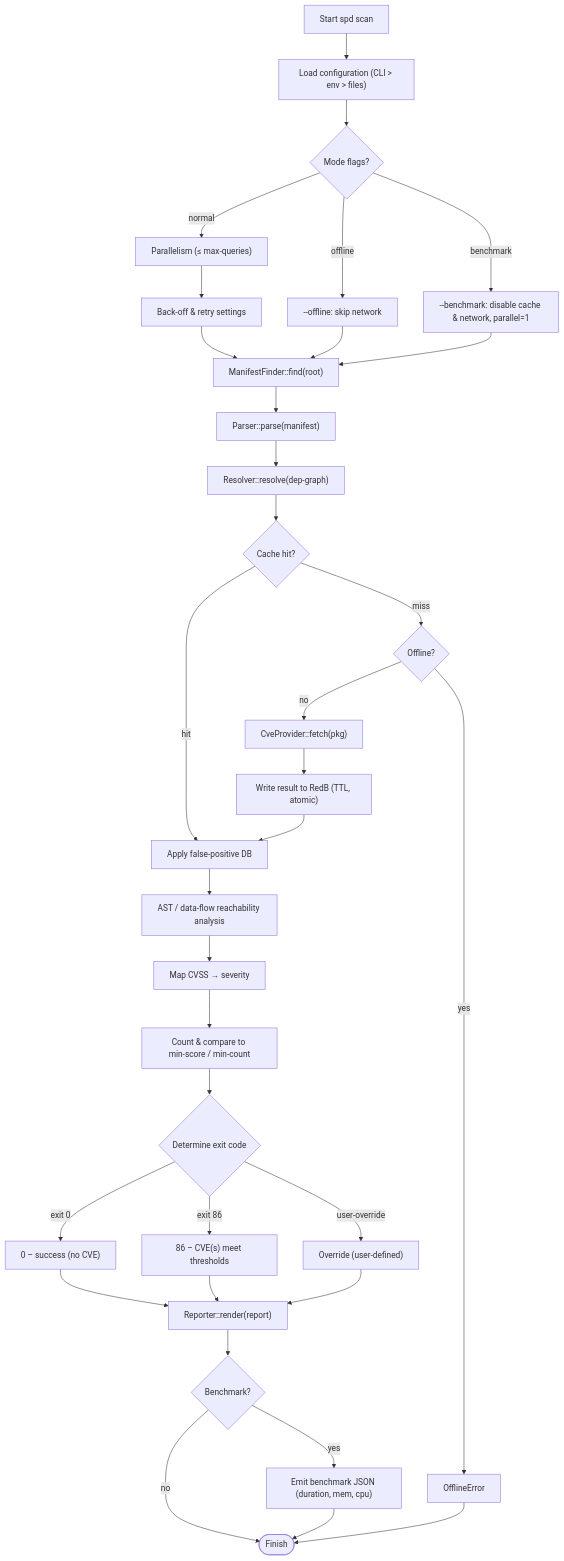
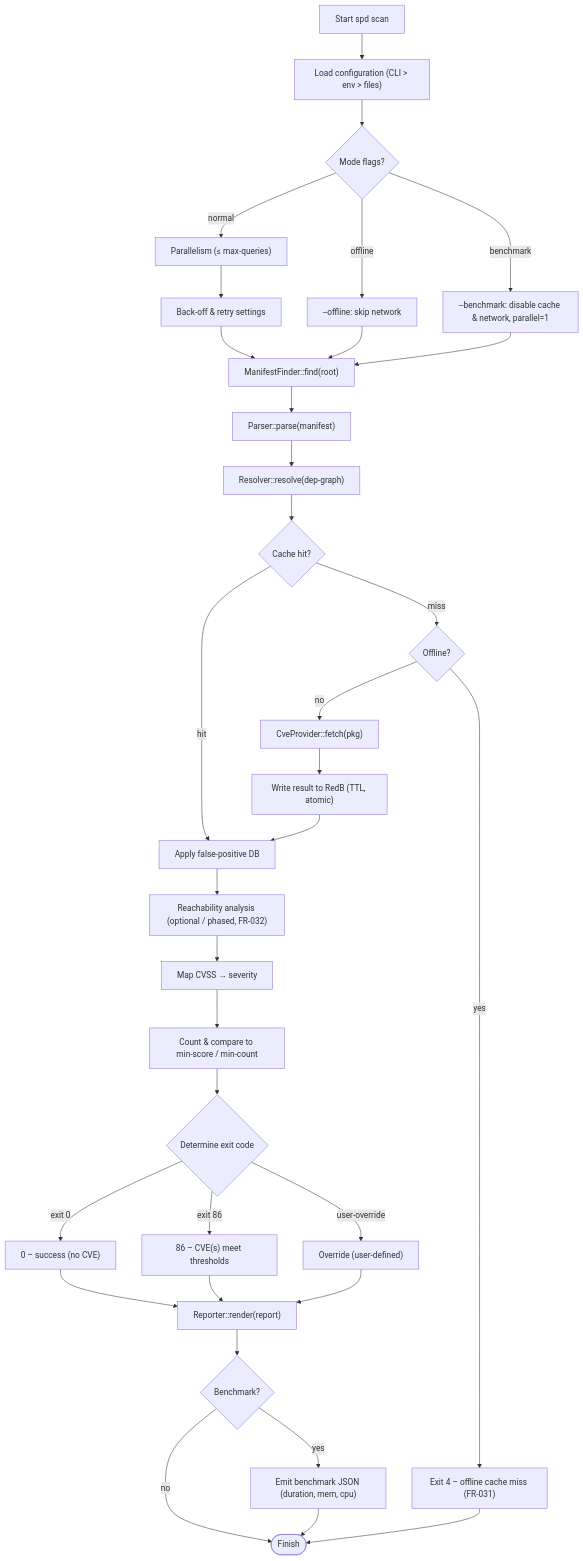
One commit to verilyze/verilyze changed the diagram in architecture/execution-flow.mmd. Above: the diagram before and after it, drawn with Mermaid. The commit also changed 25 other files, not shown here.

```diff
--- a/architecture/execution-flow.mmd
+++ b/architecture/execution-flow.mmd
@@ -1,72 +1,73 @@
 flowchart TD
     %% Entry point
     Start["Start spd scan"]
 
     %% Configuration & environment
     Config["Load configuration (CLI > env > files)"]
     ModeCheck{"Mode flags?"}
     Offline["--offline: skip network"]
     Benchmark["--benchmark: disable cache & network, parallel=1"]
     BenchmarkCheck{"Benchmark?"}
     ParallelCfg["Parallelism (≤ max‑queries)"]
     BackoffCfg["Back‑off & retry settings"]
 
     %% Scanning phases
     Find["ManifestFinder::find(root)"]
     Parse["Parser::parse(manifest)"]
     Resolve["Resolver::resolve(dep‑graph)"]
-    Reachability["AST / data‑flow reachability analysis"]
+    Reachability["Reachability analysis (optional / phased, FR-032)"]
     
     %% Cache handling
     CacheCheck{Cache hit?}
     
     %% Offline handling
     OfflineCheck{Offline?}
 
     %% Post‑lookup processing
     FPFilter["Apply false‑positive DB"]
     Severity["Map CVSS → severity"]
     Threshold["Count & compare to min‑score / min‑count"]
     
     %% Exit‑code logic
     ExitDecision{"Determine exit code"}
     ExitNormal["0 – success (no CVE)"]
     ExitCVE["86 – CVE(s) meet thresholds"]
     ExitOverride["Override (user‑defined)"]
     
     %% Reporting
     Report["Reporter::render(report)"]
     BenchReport["Emit benchmark JSON (duration, mem, cpu)"]
     
     %% Finish
     End([Finish])
 
     %% Flow connections
     Start --> Config --> ModeCheck
     ModeCheck -- normal --> ParallelCfg
     ModeCheck -- offline --> Offline
     ModeCheck -- benchmark --> Benchmark
 
     ParallelCfg --> BackoffCfg --> Find
     Offline --> Find
     Benchmark --> Find
 
     Find --> Parse --> Resolve --> CacheCheck
 
     CacheCheck -- hit --> FPFilter
     CacheCheck -- miss --> OfflineCheck
     OfflineCheck -- no --> Query["CveProvider::fetch(pkg)"] --> CacheWrite["Write result to RedB (TTL, atomic)"] --> FPFilter
-    OfflineCheck -- yes --> OfflineError --> End
+    OfflineCheck -- yes --> OfflineError["Exit 4 – offline cache miss (FR-031)"]
+    OfflineError --> End
 
     FPFilter --> Reachability --> Severity --> Threshold --> ExitDecision
     ExitDecision -- exit 0 --> ExitNormal
     ExitDecision -- exit 86 --> ExitCVE
     ExitDecision -- user‑override --> ExitOverride
 
     ExitNormal --> Report
     ExitCVE --> Report
     ExitOverride --> Report
 
     Report --> BenchmarkCheck
     BenchmarkCheck -- no --> End
     BenchmarkCheck -- yes --> BenchReport --> End
```
